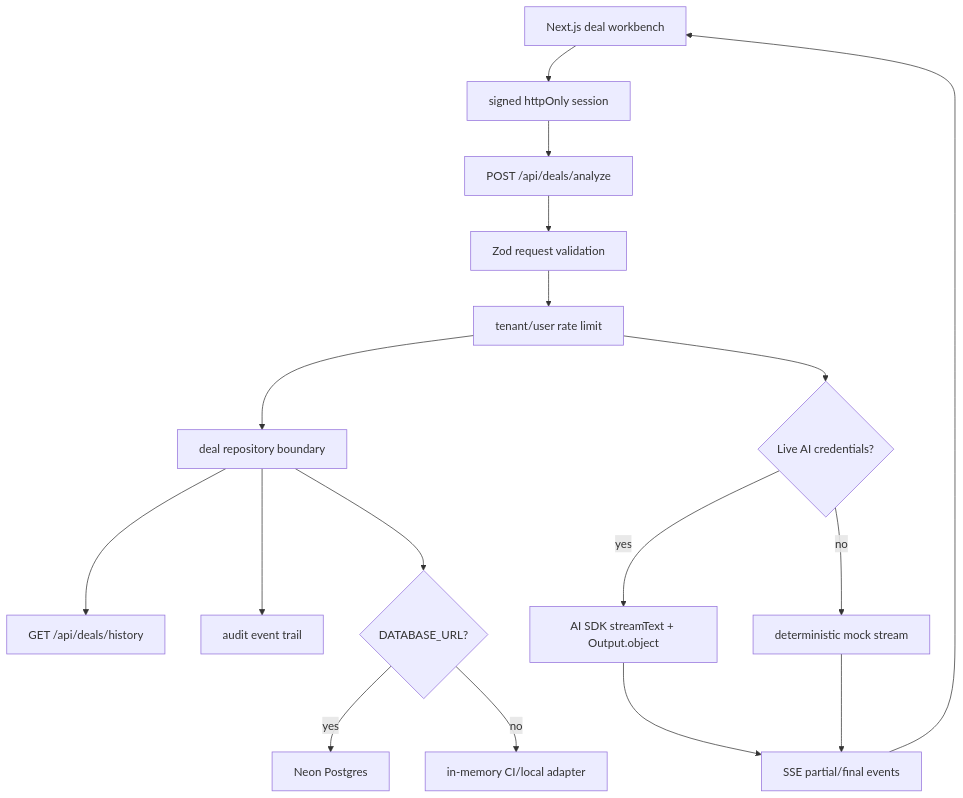
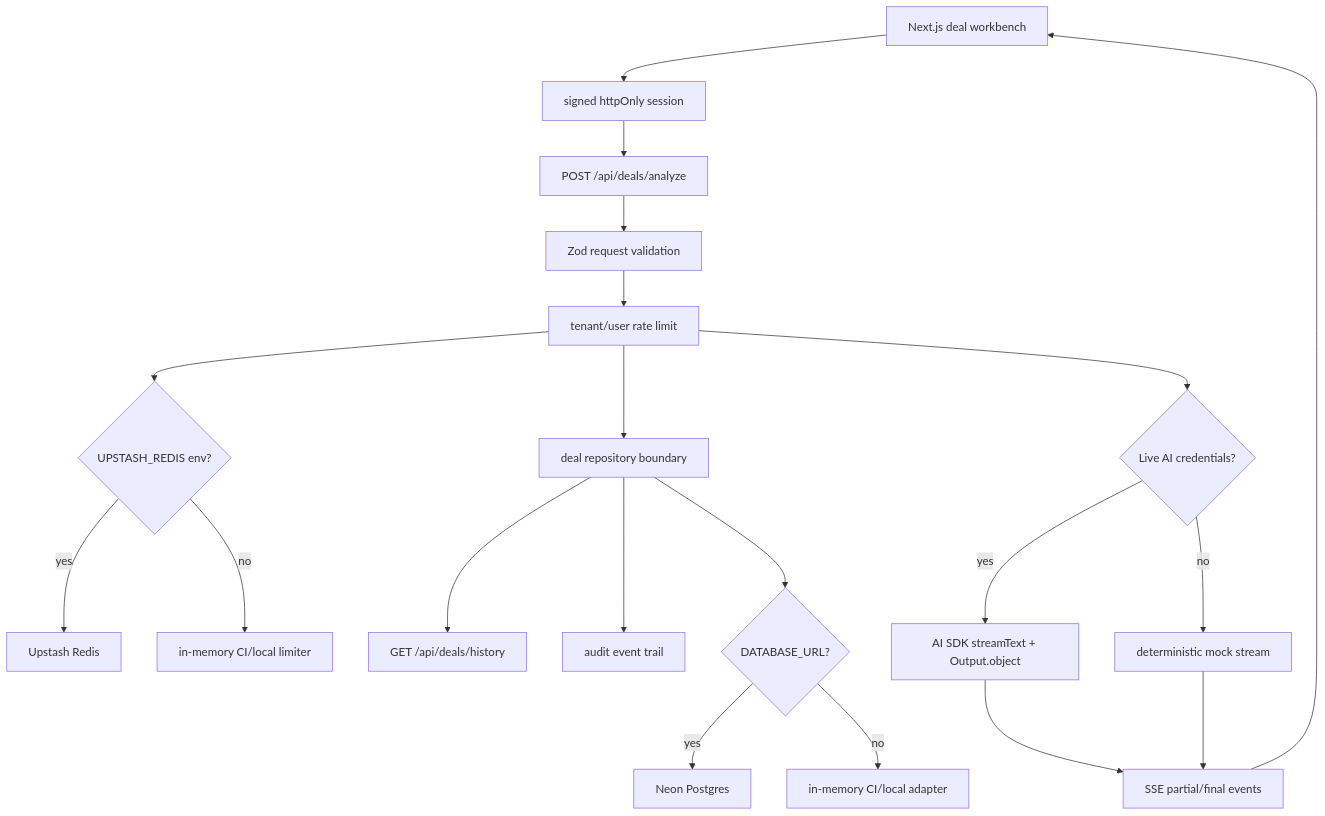
Before and after one commit to codejupiter/revassist: the second of 3 diagrams in docs/ARCHITECTURE.md, drawn with Mermaid. The commit also changed other lines of this file and 7 other files, not shown here.

Commit message:
feat: add durable rate limiter

````diff
--- a/docs/ARCHITECTURE.md
+++ b/docs/ARCHITECTURE.md
@@ -41,19 +41,22 @@
 ```mermaid
 flowchart TD
   Client["Next.js deal workbench"] --> Auth["signed httpOnly session"]
   Auth --> API["POST /api/deals/analyze"]
   API --> Schema["Zod request validation"]
   Schema --> Rate["tenant/user rate limit"]
+  Rate --> RateStore{"UPSTASH_REDIS env?"}
+  RateStore -->|yes| Redis["Upstash Redis"]
+  RateStore -->|no| MemoryRate["in-memory CI/local limiter"]
   Rate --> Repo["deal repository boundary"]
   Rate --> Mode{"Live AI credentials?"}
   Mode -->|yes| AISDK["AI SDK streamText + Output.object"]
   Mode -->|no| Mock["deterministic mock stream"]
   AISDK --> SSE["SSE partial/final events"]
   Mock --> SSE
   SSE --> Client
   Repo --> History["GET /api/deals/history"]
   Repo --> Audit["audit event trail"]
   Repo --> Store{"DATABASE_URL?"}
   Store -->|yes| Postgres["Neon Postgres"]
   Store -->|no| Memory["in-memory CI/local adapter"]
 ```
````
